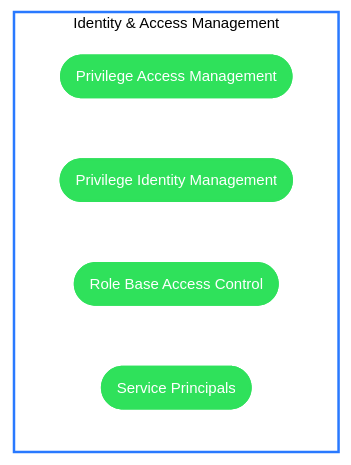
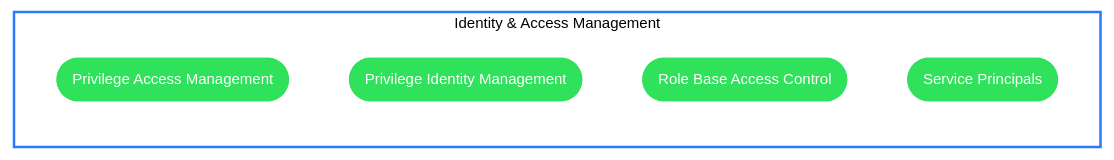
Before and after one commit to dermotreynolds/data.io.docs: the sixth of 7 diagrams in design/cloud-deployment-design.md, drawn with Mermaid. The commit also changed other lines of this file, not shown here.

````diff
--- a/design/cloud-deployment-design.md
+++ b/design/cloud-deployment-design.md
@@ -243,13 +243,13 @@
 ```mermaid
-flowchart TD
+flowchart LR
    subgraph Group0[Identity & Access Management]
         1([Privilege Access Management]):::LocationClass
         2([Privilege Identity Management]):::LocationClass
         3([Managed Identities]):::LocationClass
         4([Service Principals]):::LocationClass
         3([Role Base Access Control]):::LocationClass
    end
    class Group0 GroupClass
    classDef LocationClass fill:#2FE15B, stroke:#2FE15B, stroke-width:2px, font-size:12px, color:white, 
    classDef GroupClass fill:white,stroke:#2979ff,stroke-width:2px, stroke-dasharray: 0,font-size: 12px, color:black, padding-left:0em;
 ```
````
